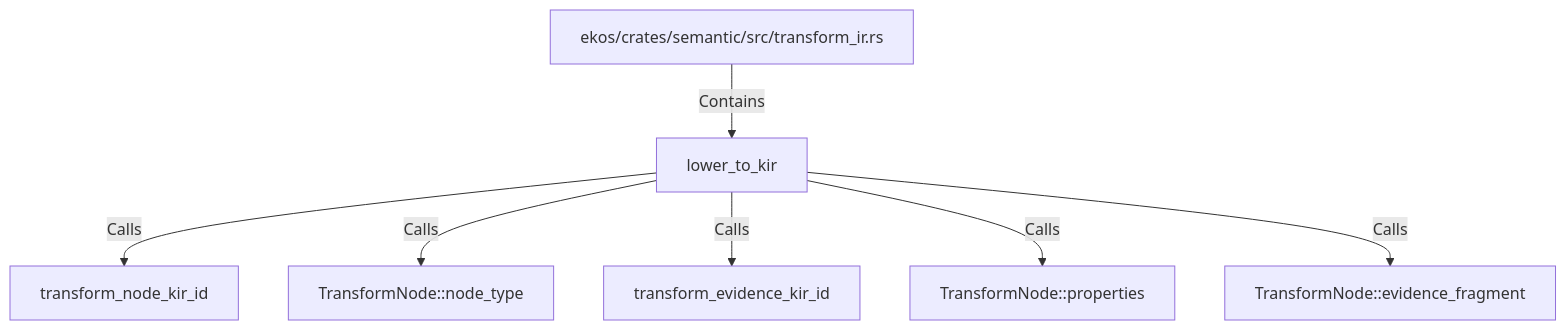
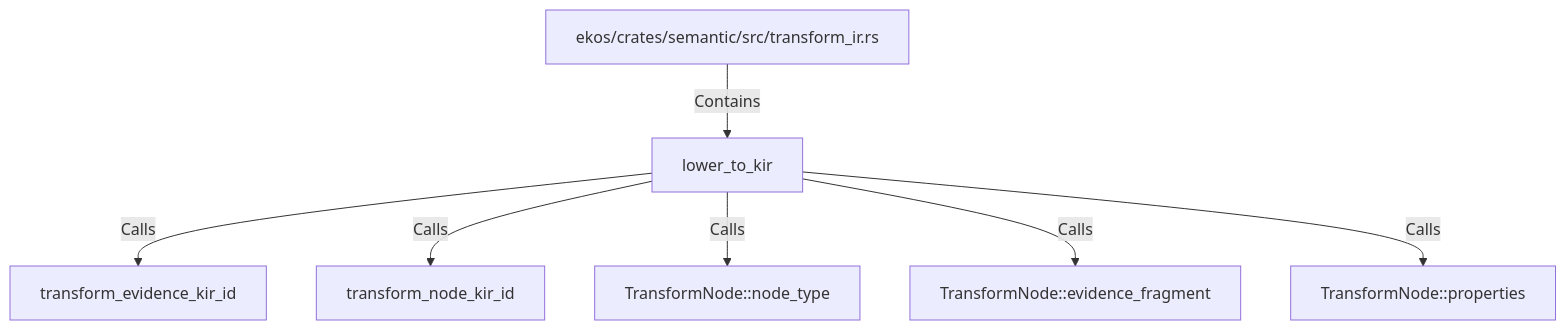
Before and after one commit to alexeyban/EKOS: the diagram in doc/entities/rustsymbol/lo/lower-to-kir.md, drawn with Mermaid. The commit also changed other lines of this file and 552 other files, not shown here.

````diff
--- a/doc/entities/rustsymbol/lo/lower-to-kir.md
+++ b/doc/entities/rustsymbol/lo/lower-to-kir.md
@@ -25,16 +25,16 @@
 ```mermaid
 graph TD
     n937c6e2defa65b74bfcb3bee881ee4ab["lower_to_kir"]
     nb4fdd24c818458799136f0a70208955e["ekos/crates/semantic/src/transform_ir.rs"]
     nb4fdd24c818458799136f0a70208955e -->|Contains| n937c6e2defa65b74bfcb3bee881ee4ab
+    nacdcb5e6413e57b0bb0bd519a247e071["transform_evidence_kir_id"]
+    n937c6e2defa65b74bfcb3bee881ee4ab -->|Calls| nacdcb5e6413e57b0bb0bd519a247e071
     n3b4e509842ef5a21894dac9ebe86762a["transform_node_kir_id"]
     n937c6e2defa65b74bfcb3bee881ee4ab -->|Calls| n3b4e509842ef5a21894dac9ebe86762a
     nd4c1c00fb0505363b81a6b984bd7812f["TransformNode::node_type"]
     n937c6e2defa65b74bfcb3bee881ee4ab -->|Calls| nd4c1c00fb0505363b81a6b984bd7812f
-    nacdcb5e6413e57b0bb0bd519a247e071["transform_evidence_kir_id"]
-    n937c6e2defa65b74bfcb3bee881ee4ab -->|Calls| nacdcb5e6413e57b0bb0bd519a247e071
+    n98f701d7665e562587e127a9028c2efe["TransformNode::evidence_fragment"]
+    n937c6e2defa65b74bfcb3bee881ee4ab -->|Calls| n98f701d7665e562587e127a9028c2efe
     n2e58103d045e5409bf85e4e0a21186c3["TransformNode::properties"]
     n937c6e2defa65b74bfcb3bee881ee4ab -->|Calls| n2e58103d045e5409bf85e4e0a21186c3
-    n98f701d7665e562587e127a9028c2efe["TransformNode::evidence_fragment"]
-    n937c6e2defa65b74bfcb3bee881ee4ab -->|Calls| n98f701d7665e562587e127a9028c2efe
 ```
````
